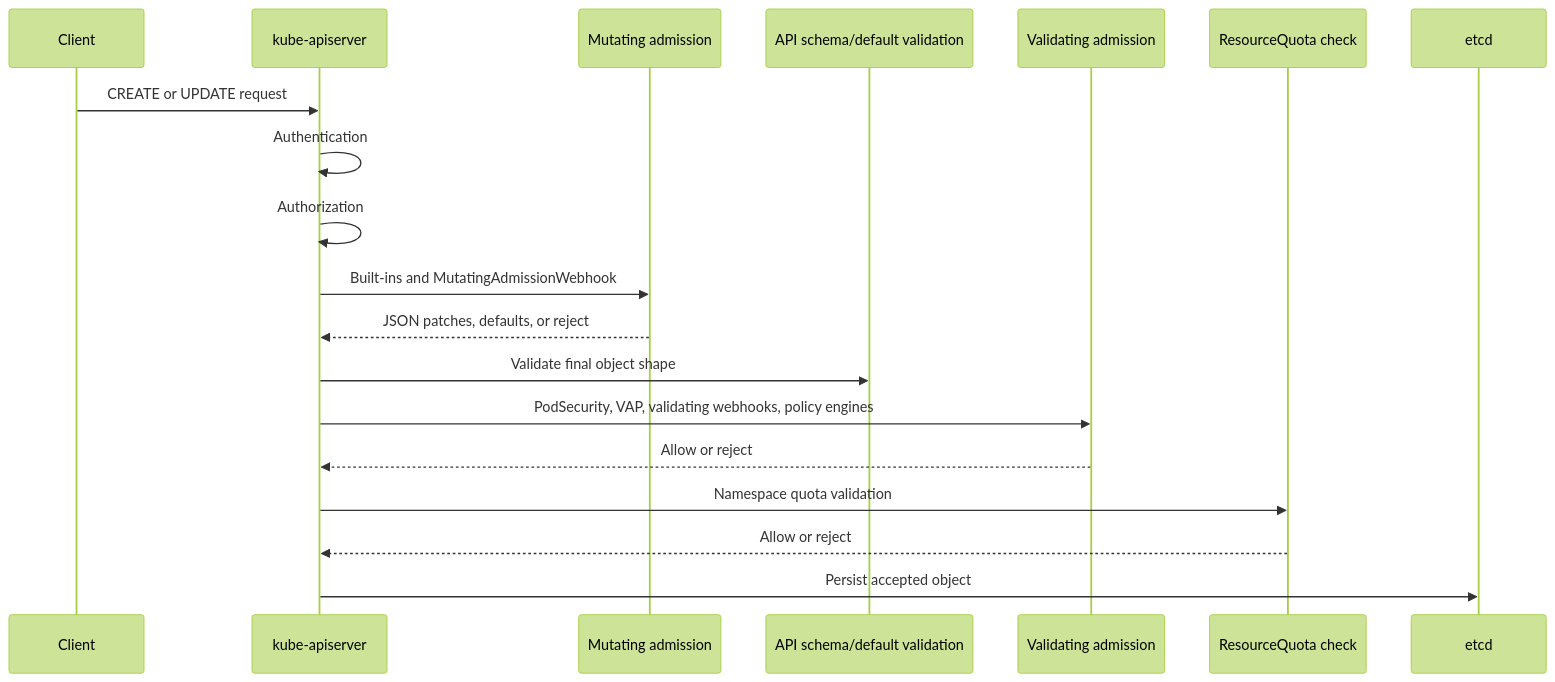
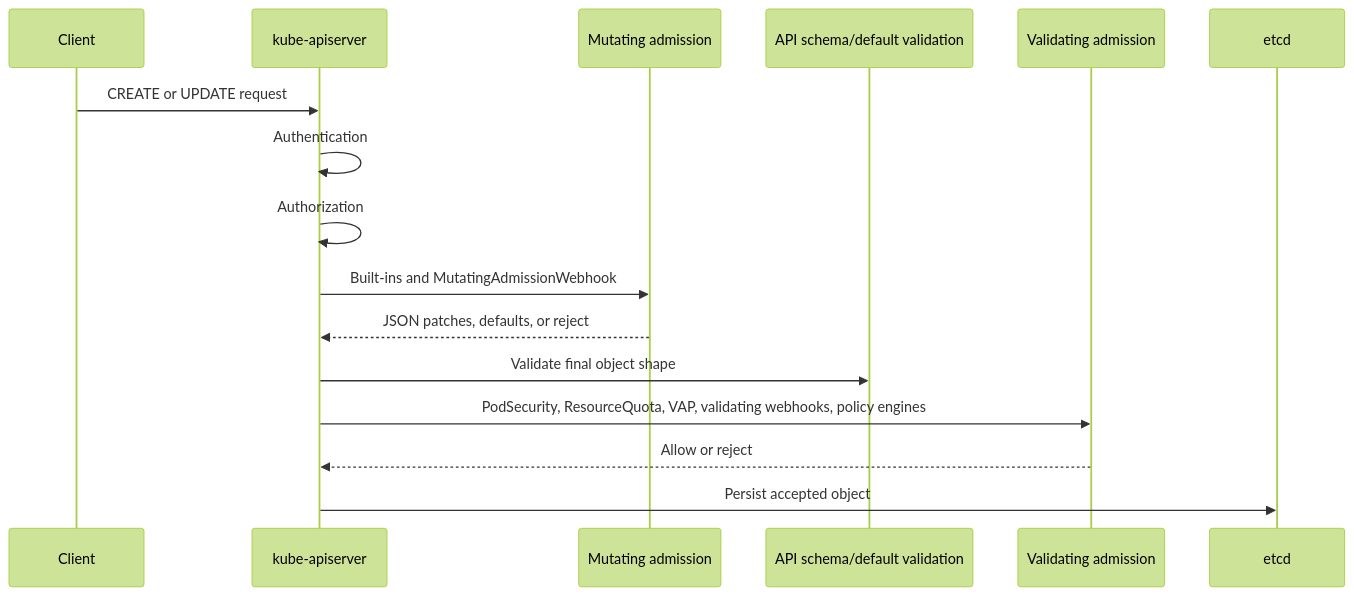
One commit to kube-dojo/kube-dojo changed the diagram in src/content/docs/k8s/cks/part5-supply-chain-security/module-5.4-admission-controllers.md. Above: the diagram before and after it, drawn with Mermaid (forest theme). The commit also changed other lines of this file, not shown here.

````diff
--- a/src/content/docs/k8s/cks/part5-supply-chain-security/module-5.4-admission-controllers.md
+++ b/src/content/docs/k8s/cks/part5-supply-chain-security/module-5.4-admission-controllers.md
@@ -46,21 +46,18 @@
 ```mermaid
 sequenceDiagram
     participant C as Client
     participant A as kube-apiserver
     participant M as Mutating admission
     participant S as API schema/default validation
     participant V as Validating admission
-    participant Q as ResourceQuota check
     participant E as etcd
     C->>A: CREATE or UPDATE request
     A->>A: Authentication
     A->>A: Authorization
     A->>M: Built-ins and MutatingAdmissionWebhook
     M-->>A: JSON patches, defaults, or reject
     A->>S: Validate final object shape
-    A->>V: PodSecurity, VAP, validating webhooks, policy engines
+    A->>V: PodSecurity, ResourceQuota, VAP, validating webhooks, policy engines
     V-->>A: Allow or reject
-    A->>Q: Namespace quota validation
-    Q-->>A: Allow or reject
     A->>E: Persist accepted object
 ```
````
